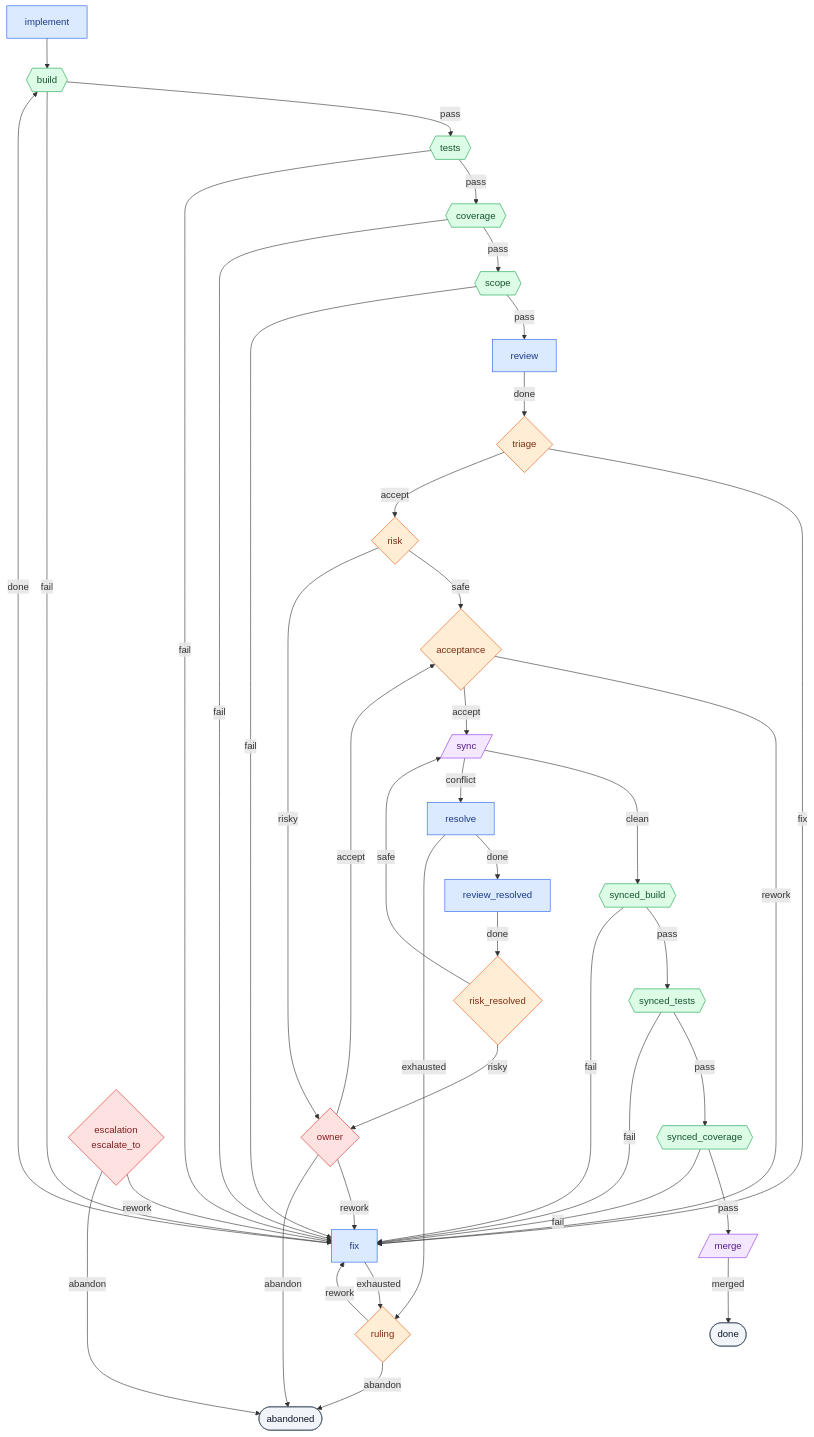
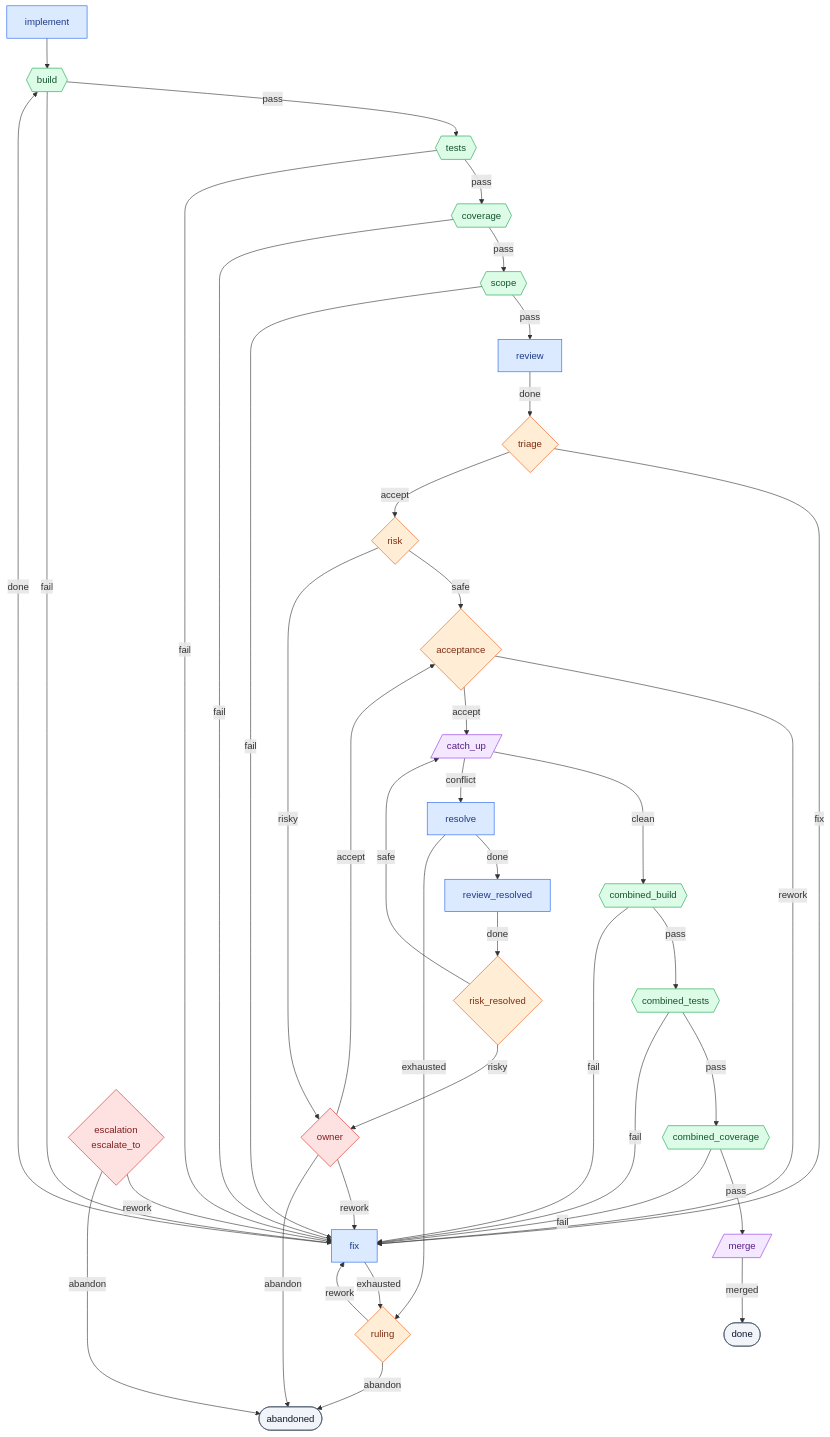
The ninth of 10 diagrams in docs/guide/04-pipelines.md (Zepp333333/factory), drawn with Mermaid before and after one commit. The commit also changed other lines of this file and 54 other files, not shown here.

First line of the commit message:
Rename Operation sync to catch_up, the Gates after it to combined and Role ci_fixer to ci-fixer, and make factory check name the new names (#318)

````diff
--- a/docs/guide/04-pipelines.md
+++ b/docs/guide/04-pipelines.md
@@ -498,43 +510,43 @@
 ```mermaid
 flowchart TB
     implement["implement"]:::stage --> build{{"build"}}:::gate
     build -- pass --> tests{{"tests"}}:::gate
     tests -- pass --> coverage{{"coverage"}}:::gate
     coverage -- pass --> scope{{"scope"}}:::gate
     scope -- pass --> review["review"]:::stage
     build & tests & coverage & scope -- fail --> fix["fix"]:::stage
     fix -- done --> build
     fix -- exhausted --> ruling{"ruling"}:::decision
     review -- done --> triage{"triage"}:::decision
     triage -- fix --> fix
     triage -- accept --> risk{"risk"}:::decision
     risk -- safe --> acceptance{"acceptance"}:::decision
     risk -- risky --> owner{"owner"}:::human
     owner -- accept --> acceptance
     owner -- rework --> fix
     acceptance -- rework --> fix
-    acceptance -- accept --> sync[/"sync"/]:::operation
-    sync -- clean --> sb{{"synced_build"}}:::gate
-    sb -- pass --> st{{"synced_tests"}}:::gate
-    st -- pass --> sc{{"synced_coverage"}}:::gate
+    acceptance -- accept --> catch_up[/"catch_up"/]:::operation
+    catch_up -- clean --> sb{{"combined_build"}}:::gate
+    sb -- pass --> st{{"combined_tests"}}:::gate
+    st -- pass --> sc{{"combined_coverage"}}:::gate
     sc -- pass --> merge[/"merge"/]:::operation
     sb & st & sc -- fail --> fix
-    sync -- conflict --> resolve["resolve"]:::stage
+    catch_up -- conflict --> resolve["resolve"]:::stage
     resolve -- done --> rr["review_resolved"]:::stage
     resolve -- exhausted --> ruling
     rr -- done --> riskr{"risk_resolved"}:::decision
-    riskr -- safe --> sync
+    riskr -- safe --> catch_up
     riskr -- risky --> owner
     ruling -- rework --> fix
     merge -- merged --> done(["done"]):::terminal
     ruling -- abandon --> abandoned(["abandoned"]):::terminal
     owner -- abandon --> abandoned
     escalation{"escalation<br/>escalate_to"}:::human -- rework --> fix
     escalation -- abandon --> abandoned
     classDef stage fill:#dbeafe,stroke:#2563eb,color:#1e3a8a
     classDef gate fill:#dcfce7,stroke:#16a34a,color:#14532d
     classDef decision fill:#ffedd5,stroke:#ea580c,color:#7c2d12
     classDef human fill:#fee2e2,stroke:#dc2626,color:#7f1d1d
     classDef operation fill:#f3e8ff,stroke:#9333ea,color:#581c87
     classDef terminal fill:#f1f5f9,stroke:#475569,color:#0f172a
 ```
````
